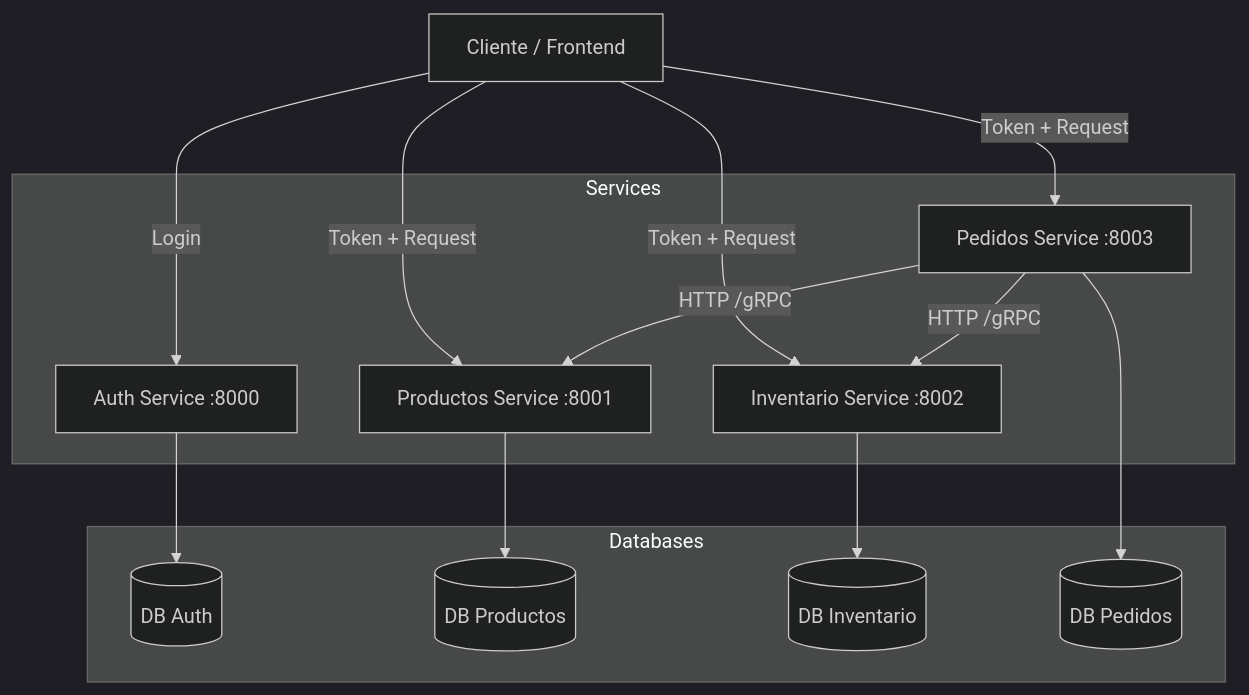
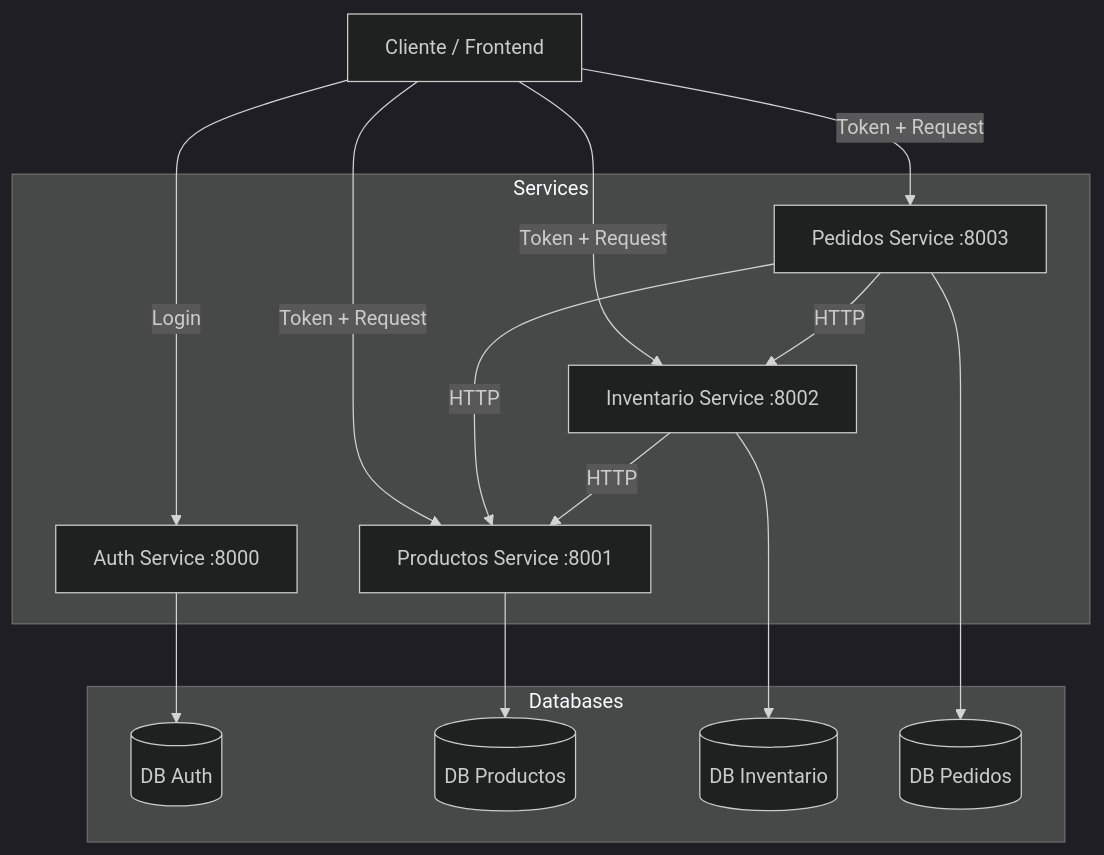
The diagram in docs/architecture.md (NicolasFleitas/microservicios), drawn with Mermaid (dark theme) before and after one commit. The commit also changed other lines of this file, not shown here.

Commit message:
docs: Actualizada la documentación del proyecto

````diff
--- a/docs/architecture.md
+++ b/docs/architecture.md
@@ -9,31 +9,32 @@
 ```mermaid
 graph TD
     User[Cliente / Frontend]
     
     subgraph Services
         Auth[Auth Service :8000]
         Prod[Productos Service :8001]
         Inv[Inventario Service :8002]
         Ped[Pedidos Service :8003]
     end
     
     subgraph Databases
         DB_Auth[(DB Auth)]
         DB_Prod[(DB Productos)]
         DB_Inv[(DB Inventario)]
         DB_Ped[(DB Pedidos)]
     end
 
     User -->|Login| Auth
     User -->|Token + Request| Prod
     User -->|Token + Request| Inv
     User -->|Token + Request| Ped
     
-    Ped -->|HTTP /gRPC| Inv
-    Ped -->|HTTP /gRPC| Prod
+    Ped -->|HTTP| Inv
+    Ped -->|HTTP| Prod
+    Inv -->|HTTP| Prod
     
     Auth --> DB_Auth
     Prod --> DB_Prod
     Inv --> DB_Inv
     Ped --> DB_Ped
 ```
````
